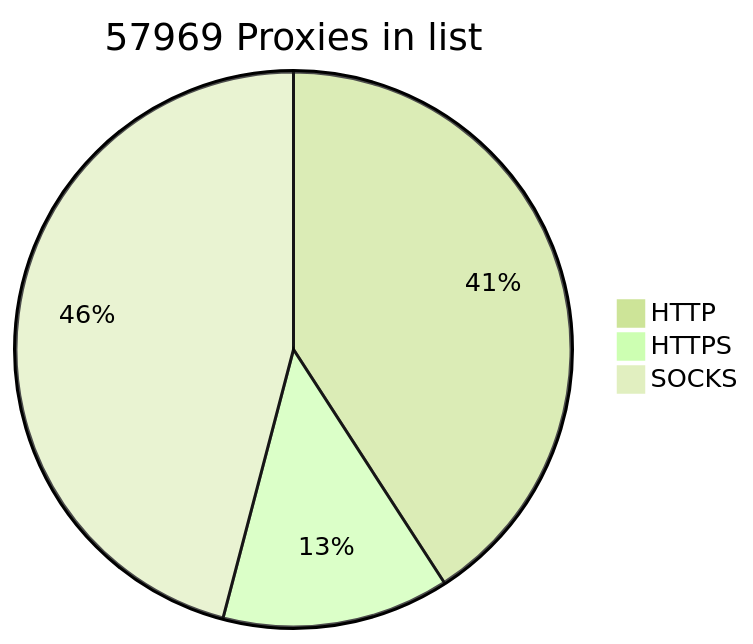
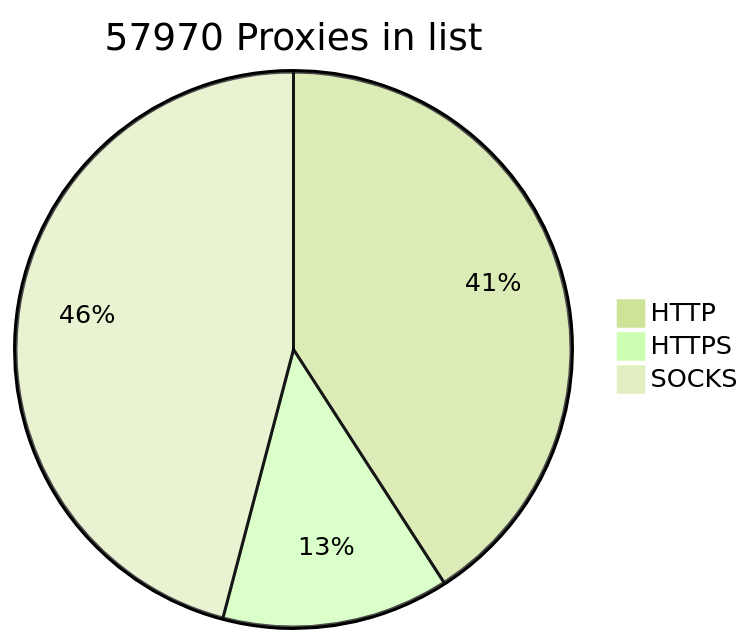
The diagram in README.md (BlackSnowDot/proxylist-update-every-minute), drawn with Mermaid (forest theme) before and after one commit.

````diff
--- a/README.md
+++ b/README.md
@@ -2,6 +2,6 @@
 ```mermaid
-pie title 57969 Proxies in list
-    "HTTP" : 26674
+pie title 57970 Proxies in list
+    "HTTP" : 26685
     "HTTPS": 8630
-    "SOCKS" : 29971
+    "SOCKS" : 29972
 ```
````
